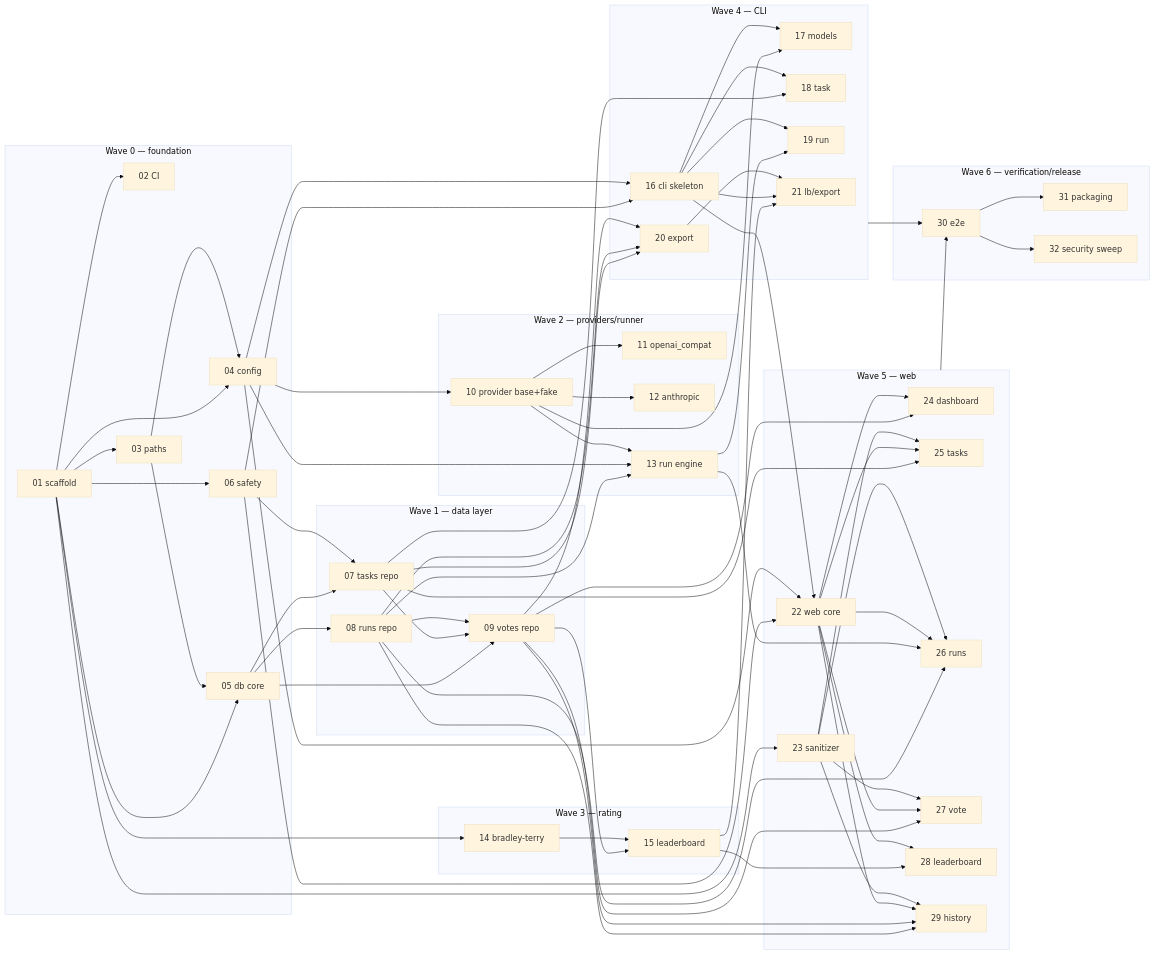
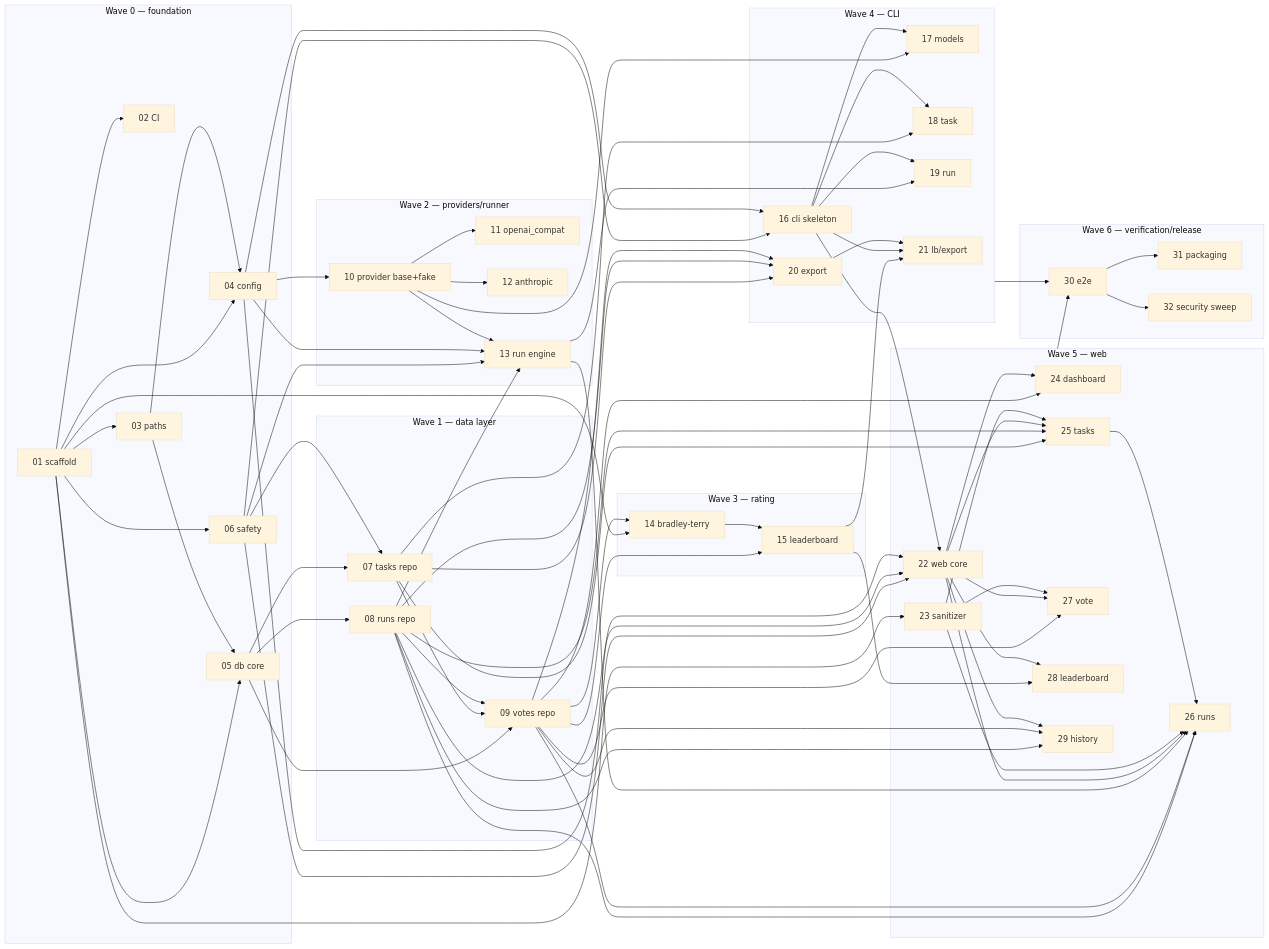
The diagram in docs/ISSUE_PLAN.md (Saber5656/yourbench), drawn with Mermaid (base theme) before and after one commit. The commit also changed other lines of this file and 33 other files, not shown here.

````diff
--- a/docs/ISSUE_PLAN.md
+++ b/docs/ISSUE_PLAN.md
@@ -70,43 +70,44 @@
 ```mermaid
 flowchart LR
     subgraph W0[Wave 0 — foundation]
         I01[01 scaffold]; I02[02 CI]; I03[03 paths]; I04[04 config]; I05[05 db core]; I06[06 safety]
     end
     subgraph W1[Wave 1 — data layer]
         I07[07 tasks repo]; I08[08 runs repo]; I09[09 votes repo]
     end
     subgraph W2[Wave 2 — providers/runner]
         I10[10 provider base+fake]; I11[11 openai_compat]; I12[12 anthropic]; I13[13 run engine]
     end
     subgraph W3[Wave 3 — rating]
         I14[14 bradley-terry]; I15[15 leaderboard]
     end
     subgraph W4[Wave 4 — CLI]
         I16[16 cli skeleton]; I17[17 models]; I18[18 task]; I19[19 run]; I20[20 export]; I21[21 lb/export]
     end
     subgraph W5[Wave 5 — web]
         I22[22 web core]; I23[23 sanitizer]; I24[24 dashboard]; I25[25 tasks]; I26[26 runs]; I27[27 vote]; I28[28 leaderboard]; I29[29 history]
     end
     subgraph W6[Wave 6 — verification/release]
         I30[30 e2e]; I31[31 packaging]; I32[32 security sweep]
     end
     I01 --> I02 & I03 & I04 & I05 & I06 & I14 & I23
     I03 --> I04 & I05
     I05 --> I07 & I08 & I09
-    I06 --> I07 & I16 & I22
+    I06 --> I07 & I13 & I16 & I22
     I07 --> I09 & I18 & I20 & I25
-    I08 --> I09 & I13 & I20 & I26 & I29
-    I09 --> I15 & I20 & I24 & I27 & I29
+    I08 --> I09 & I13 & I20 & I22 & I25 & I26 & I29
+    I09 --> I14 & I15 & I20 & I24 & I26 & I27 & I29
     I04 --> I10 & I13 & I16 & I22
     I10 --> I11 & I12 & I13 & I17
     I13 --> I19 & I26
     I14 --> I15
     I15 --> I21 & I28
     I16 --> I17 & I18 & I19 & I21 & I22
     I20 --> I21
     I22 --> I24 & I25 & I26 & I27 & I28 & I29
-    I23 --> I25 & I26 & I27 & I29
+    I23 --> I25 & I26 & I27
+    I25 --> I26
     W4 --> I30
     W5 --> I30
     I30 --> I31 & I32
 ```
````
